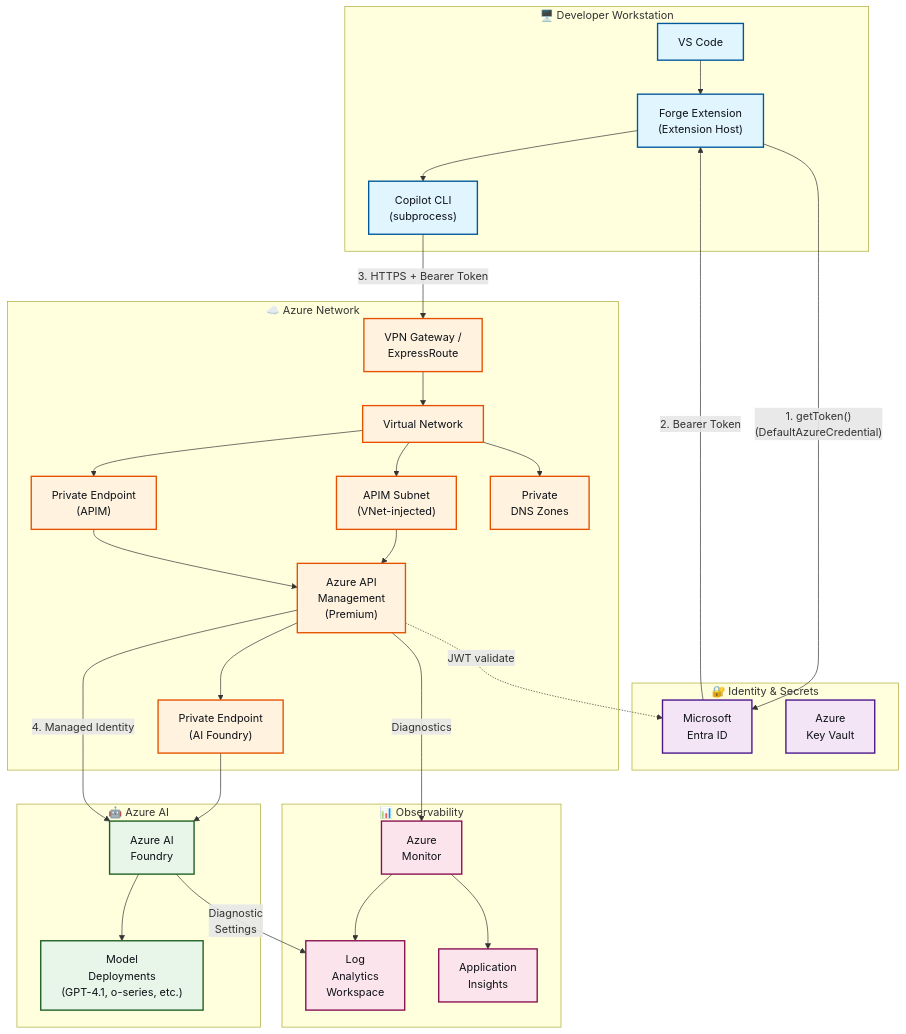
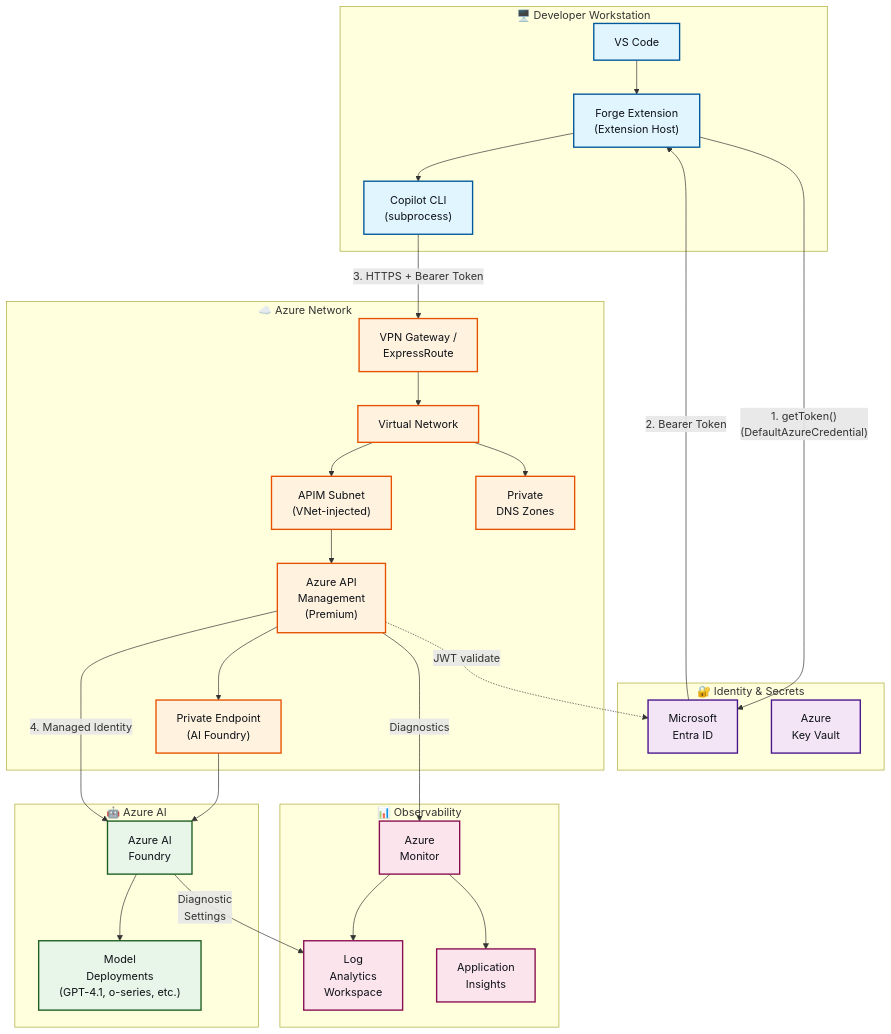
Before and after one commit to robpitcher/forge: the diagram in docs/enterprise-architecture.md, drawn with Mermaid. The commit also changed other lines of this file, not shown here.

First line of the commit message:
Remove redundant APIM Private Endpoint block from enterprise architecture

````diff
--- a/docs/enterprise-architecture.md
+++ b/docs/enterprise-architecture.md
@@ -7,67 +7,64 @@
 ```mermaid
 graph TB
     subgraph Client["🖥️ Developer Workstation"]
         VSCode["VS Code"]
         ForgeExt["Forge Extension<br/>(Extension Host)"]
         CopilotCLI["Copilot CLI<br/>(subprocess)"]
         VSCode --> ForgeExt
         ForgeExt --> CopilotCLI
     end
 
     subgraph Identity["🔐 Identity & Secrets"]
         EntraID["Microsoft<br/>Entra ID"]
         KeyVault["Azure<br/>Key Vault"]
     end
 
     subgraph AzureNetwork["☁️ Azure Network"]
         VPN["VPN Gateway /<br/>ExpressRoute"]
         VNet["Virtual Network"]
         APIMSubnet["APIM Subnet<br/>(VNet-injected)"]
         APIM["Azure API<br/>Management<br/>(Premium)"]
-        PEAPIM["Private Endpoint<br/>(APIM)"]
         PEAI["Private Endpoint<br/>(AI Foundry)"]
         PrivateDNS["Private<br/>DNS Zones"]
         VPN --> VNet
         VNet --> APIMSubnet
         APIMSubnet --> APIM
-        VNet --> PEAPIM
-        PEAPIM --> APIM
         APIM --> PEAI
         VNet --> PrivateDNS
     end
 
     subgraph AzureAI["🤖 Azure AI"]
         AIFoundry["Azure AI<br/>Foundry"]
         Models["Model<br/>Deployments<br/>(GPT-4.1, o-series, etc.)"]
         PEAI --> AIFoundry
         AIFoundry --> Models
     end
 
     subgraph Observability["📊 Observability"]
         Monitor["Azure<br/>Monitor"]
         LogAnalytics["Log<br/>Analytics<br/>Workspace"]
         AppInsights["Application<br/>Insights"]
         Monitor --> LogAnalytics
         Monitor --> AppInsights
     end
 
     ForgeExt -->|"1. getToken()<br/>(DefaultAzureCredential)"| EntraID
     EntraID -->|"2. Bearer Token"| ForgeExt
     CopilotCLI -->|"3. HTTPS + Bearer Token"| VPN
     APIM -->|"4. Managed Identity"| AIFoundry
     APIM -.->|"JWT validate"| EntraID
     APIM -->|"Diagnostics"| Monitor
     AIFoundry -->|"Diagnostic<br/>Settings"| LogAnalytics
 
     classDef client fill:#e1f5ff,stroke:#01579b,stroke-width:2px,color:#0d1117
     classDef identity fill:#f3e5f5,stroke:#4a148c,stroke-width:2px,color:#0d1117
     classDef network fill:#fff3e0,stroke:#e65100,stroke-width:2px,color:#0d1117
     classDef ai fill:#e8f5e9,stroke:#1b5e20,stroke-width:2px,color:#0d1117
     classDef observability fill:#fce4ec,stroke:#880e4f,stroke-width:2px,color:#0d1117
 
     class VSCode,ForgeExt,CopilotCLI client
     class EntraID,KeyVault identity
-    class VPN,VNet,APIMSubnet,APIM,PEAPIM,PEAI,PrivateDNS network
+    class VPN,VNet,APIMSubnet,APIM,PEAI,PrivateDNS network
     class AIFoundry,Models ai
     class Monitor,LogAnalytics,AppInsights observability
 ```
````
